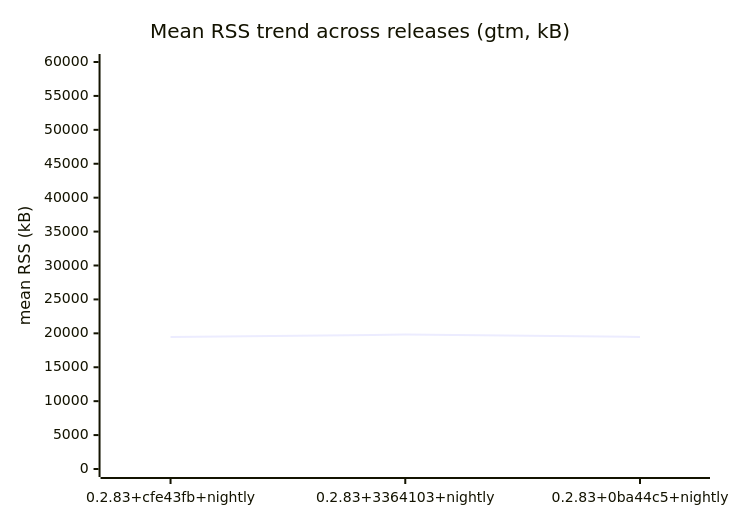
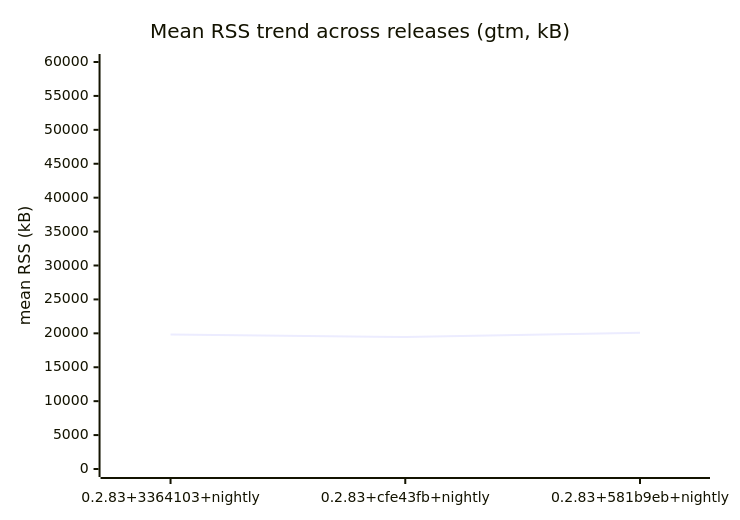
The second of 2 diagrams in BENCHMARK.md (prjctimg/gtm.rs), drawn with Mermaid before and after one commit. The commit also changed other lines of this file and 1 other file, not shown here.

Commit message:
bench: results for 0.2.83+581b9eb+nightly [skip nightly]

````diff
--- a/BENCHMARK.md
+++ b/BENCHMARK.md
@@ -37,7 +37,7 @@
 ```mermaid
 xychart-beta
   title "Mean RSS trend across releases (gtm, kB)"
-  x-axis [0.2.83+cfe43fb+nightly, 0.2.83+3364103+nightly, 0.2.83+0ba44c5+nightly]
+  x-axis [0.2.83+3364103+nightly, 0.2.83+cfe43fb+nightly, 0.2.83+581b9eb+nightly]
   y-axis "mean RSS (kB)" 0 --> 60000
-  line [19449,19817,19469]
+  line [19817,19449,20097]
 ```
````
